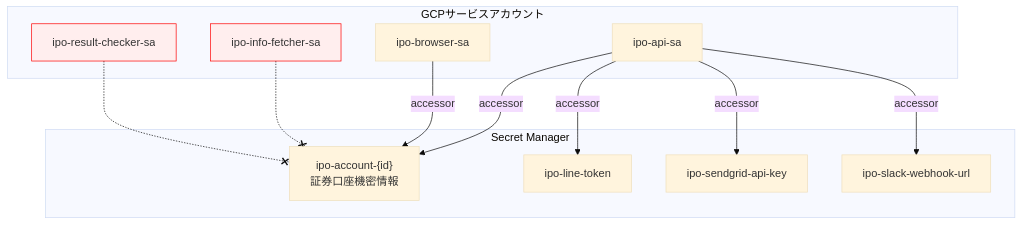
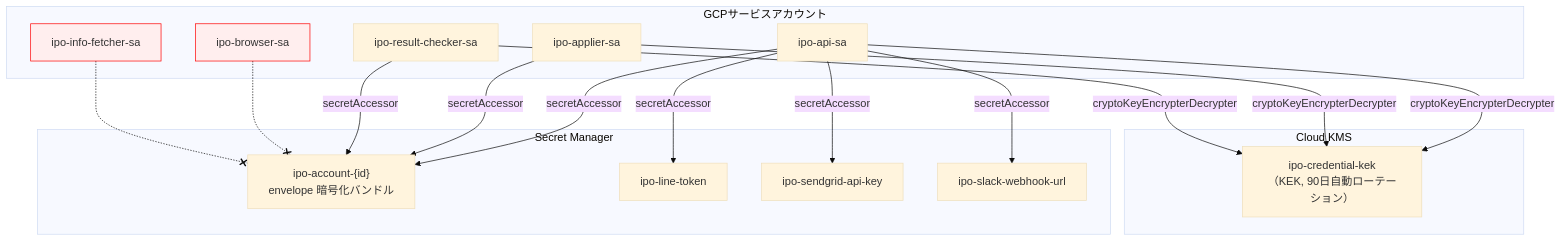
The second of 5 diagrams in docs/09-security-design/security-design.md (lihs-ie/ipotto), drawn with Mermaid (base theme) before and after one commit. The commit also changed other lines of this file and 2 other files, not shown here.

First line of the commit message:
docs: document envelope encryption for credential storage

````diff
--- a/docs/09-security-design/security-design.md
+++ b/docs/09-security-design/security-design.md
@@ -174,27 +174,36 @@
 ```mermaid
 graph TD
     subgraph ServiceAccounts["GCPサービスアカウント"]
         ApiSA["ipo-api-sa"]
+        ApplierSA["ipo-applier-sa"]
+        CheckerSA["ipo-result-checker-sa"]
         BrowserSA["ipo-browser-sa"]
         FetcherSA["ipo-info-fetcher-sa"]
-        CheckerSA["ipo-result-checker-sa"]
+    end
+
+    subgraph KMS["Cloud KMS"]
+        Kek["ipo-credential-kek<br>（KEK, 90日自動ローテーション）"]
     end
 
     subgraph SecretManager["Secret Manager"]
-        AccountSecrets["ipo-account-{id}<br>証券口座機密情報"]
+        AccountSecrets["ipo-account-{id}<br>envelope 暗号化バンドル"]
         LineToken["ipo-line-token"]
         SendGridKey["ipo-sendgrid-api-key"]
         SlackWebhook["ipo-slack-webhook-url"]
     end
 
-    ApiSA -->|accessor| AccountSecrets
-    ApiSA -->|accessor| LineToken
-    ApiSA -->|accessor| SendGridKey
-    ApiSA -->|accessor| SlackWebhook
-    BrowserSA -->|accessor| AccountSecrets
+    ApiSA -->|secretAccessor| AccountSecrets
+    ApiSA -->|cryptoKeyEncrypterDecrypter| Kek
+    ApiSA -->|secretAccessor| LineToken
+    ApiSA -->|secretAccessor| SendGridKey
+    ApiSA -->|secretAccessor| SlackWebhook
+    ApplierSA -->|secretAccessor| AccountSecrets
+    ApplierSA -->|cryptoKeyEncrypterDecrypter| Kek
+    CheckerSA -->|secretAccessor| AccountSecrets
+    CheckerSA -->|cryptoKeyEncrypterDecrypter| Kek
+    BrowserSA -.-x AccountSecrets
     FetcherSA -.-x AccountSecrets
-    CheckerSA -.-x AccountSecrets
 
+    style BrowserSA fill:#fee,stroke:#f00
     style FetcherSA fill:#fee,stroke:#f00
-    style CheckerSA fill:#fee,stroke:#f00
 ```
````
